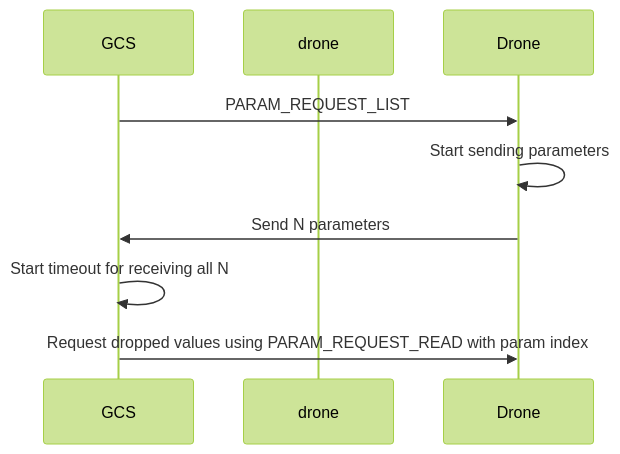
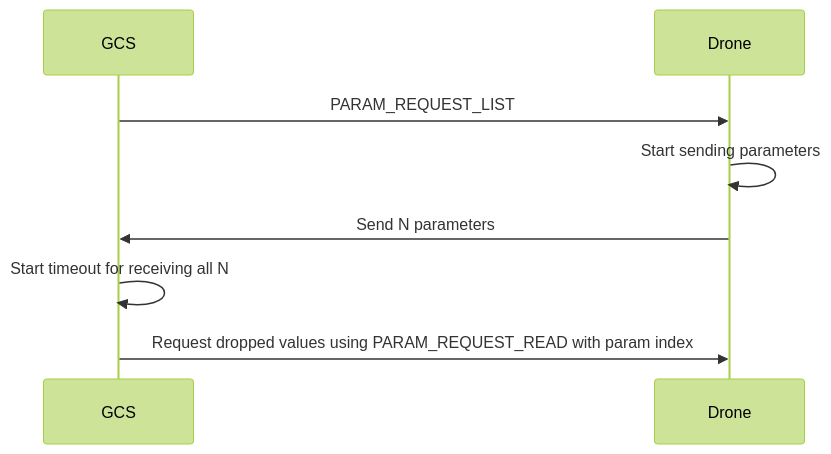
One commit to mavlink/mavlink-devguide changed the diagram in parameter-protocol.md. Above: the diagram before and after it, drawn with Mermaid (forest theme).

Commit message:
Updates parameter-protocol.md
Auto commit by GitBook Editor

```diff
--- a/parameter-protocol.md
+++ b/parameter-protocol.md
@@ -5,11 +5,11 @@
 {% mermaid %}
 sequenceDiagram;
     participant GCS
-    participant drone
+    participant Drone
     GCS->>Drone: PARAM_REQUEST_LIST
     Drone->>Drone: Start sending parameters
     Drone->>GCS: Send N parameters
     GCS->>GCS: Start timeout for receiving all N
     GCS->>Drone: Request dropped values using PARAM_REQUEST_READ with param index
 
 {% endmermaid %}
```
